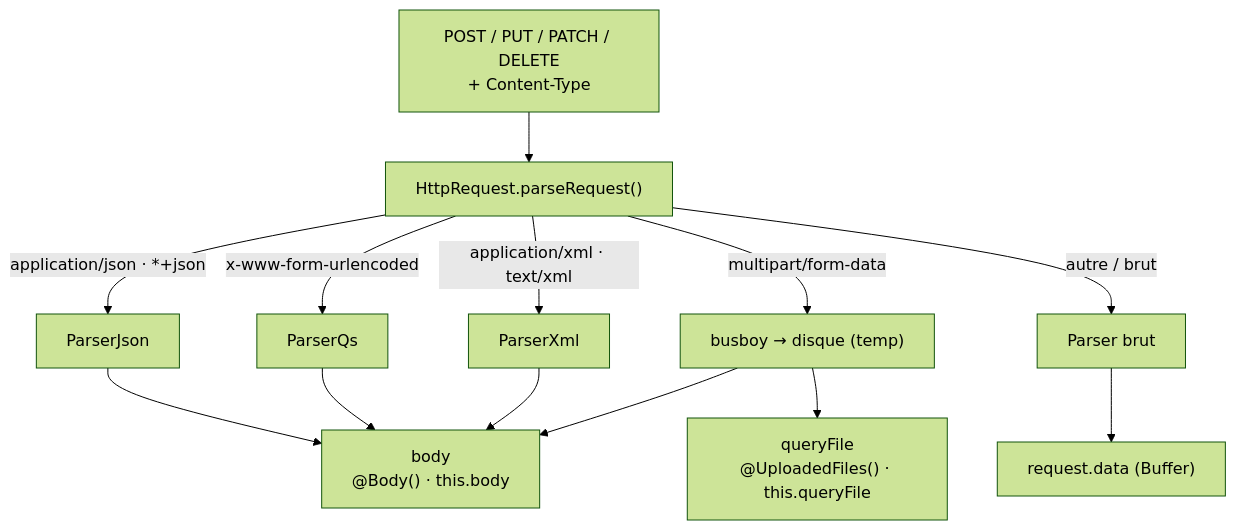
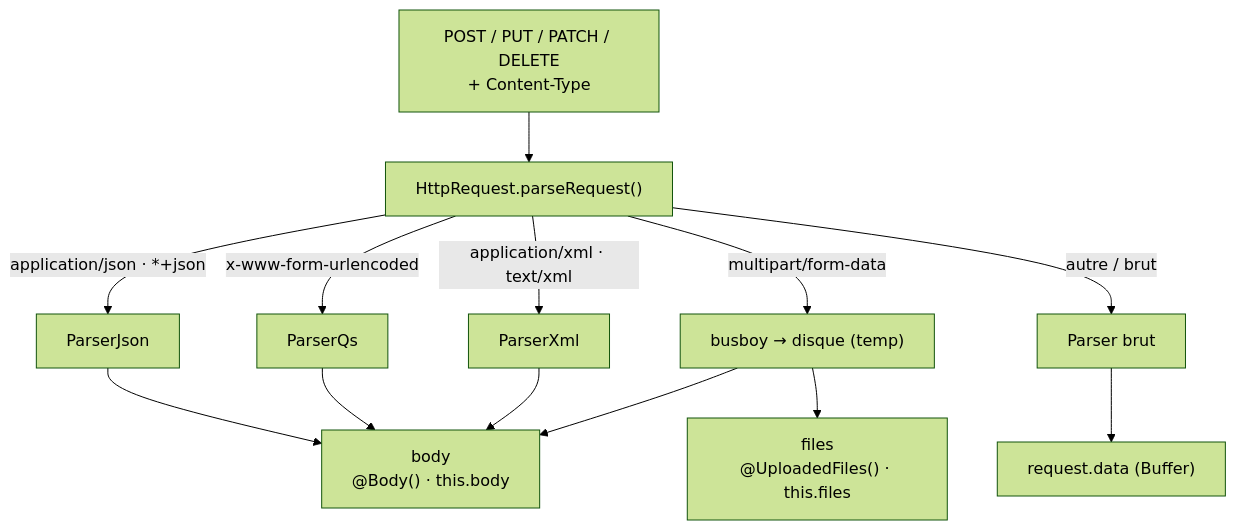
Before and after one commit to nodefony/nodefony-core: the first of 2 diagrams in src/packages/@nodefony/http/docs/upload.md, drawn with Mermaid (forest theme). The commit also changed other lines of this file and 20 other files, not shown here.

````diff
--- a/src/packages/@nodefony/http/docs/upload.md
+++ b/src/packages/@nodefony/http/docs/upload.md
@@ -47,15 +47,15 @@
 ```mermaid
 flowchart TD
   REQ["POST / PUT / PATCH / DELETE<br/>+ Content-Type"] --> RT["HttpRequest.parseRequest()"]
   RT -->|"application/json · *+json"| J["ParserJson"]
   RT -->|"x-www-form-urlencoded"| Q["ParserQs"]
   RT -->|"application/xml · text/xml"| X["ParserXml"]
   RT -->|"multipart/form-data"| M["busboy → disque (temp)"]
   RT -->|"autre / brut"| B["Parser brut"]
   J --> QP["body<br/>@Body() · this.body"]
   Q --> QP
   X --> QP
-  M --> QF["queryFile<br/>@UploadedFiles() · this.queryFile"]
+  M --> QF["files<br/>@UploadedFiles() · this.files"]
   M --> QP
   B --> DATA["request.data (Buffer)"]
 ```
````
